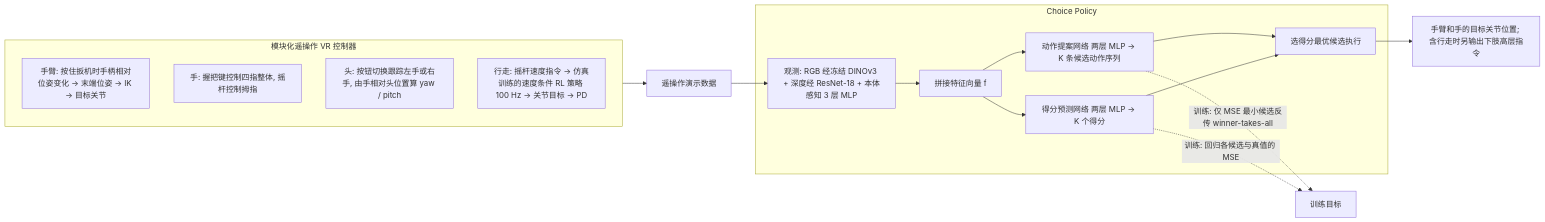
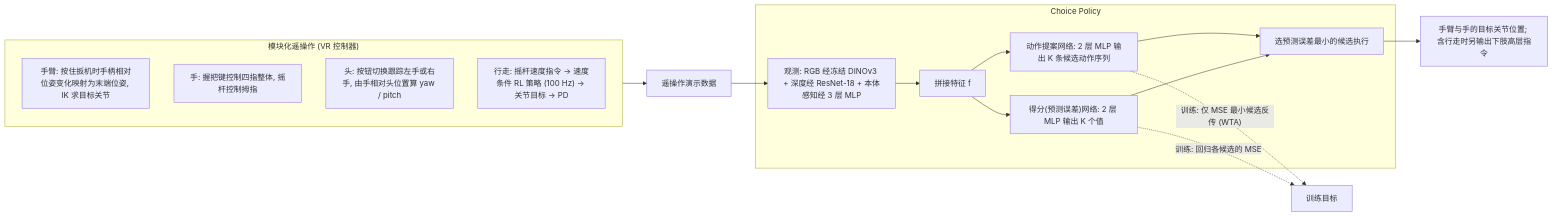
One commit to ImChong/Robotics_Notebooks changed the diagram in wiki/entities/paper-notebook-coordinated-humanoid-manipulation-with-choice-po.md. Above: the diagram before and after it, drawn with Mermaid. The commit also changed other lines of this file and 4 other files, not shown here.

````diff
--- a/wiki/entities/paper-notebook-coordinated-humanoid-manipulation-with-choice-po.md
+++ b/wiki/entities/paper-notebook-coordinated-humanoid-manipulation-with-choice-po.md
@@ -43,21 +68,21 @@
 ```mermaid
 flowchart LR
-    subgraph TELEOP[模块化遥操作 VR 控制器]
-        ARM[手臂: 按住扳机时手柄相对位姿变化 -> 末端位姿 -> IK -> 目标关节]
-        HAND[手: 握把键控制四指整体, 摇杆控制拇指]
-        HEAD[头: 按钮切换跟踪左手或右手, 由手相对头位置算 yaw / pitch]
-        LOCO[行走: 摇杆速度指令 -> 仿真训练的速度条件 RL 策略 100 Hz -> 关节目标 -> PD]
+    subgraph TELEOP["模块化遥操作 (VR 控制器)"]
+        ARM["手臂: 按住扳机时手柄相对位姿变化映射为末端位姿, IK 求目标关节"]
+        HAND["手: 握把键控制四指整体, 摇杆控制拇指"]
+        HEAD["头: 按钮切换跟踪左手或右手, 由手相对头位置算 yaw / pitch"]
+        LOCO["行走: 摇杆速度指令 -> 速度条件 RL 策略 (100 Hz) -> 关节目标 -> PD"]
     end
-    TELEOP --> DEMO[遥操作演示数据]
+    TELEOP --> DEMO["遥操作演示数据"]
     DEMO --> OBS
-    subgraph CP[Choice Policy]
-        OBS[观测: RGB 经冻结 DINOv3 + 深度经 ResNet-18 + 本体感知 3 层 MLP] --> F[拼接特征向量 f]
-        F --> PROP[动作提案网络 两层 MLP -> K 条候选动作序列]
-        F --> SC[得分预测网络 两层 MLP -> K 个得分]
-        PROP --> SEL[选得分最优候选执行]
+    subgraph CP["Choice Policy"]
+        OBS["观测: RGB 经冻结 DINOv3 + 深度经 ResNet-18 + 本体感知经 3 层 MLP"] --> F["拼接特征 f"]
+        F --> PROP["动作提案网络: 2 层 MLP 输出 K 条候选动作序列"]
+        F --> SC["得分(预测误差)网络: 2 层 MLP 输出 K 个值"]
+        PROP --> SEL["选预测误差最小的候选执行"]
         SC --> SEL
     end
-    SEL --> OUT[手臂和手的目标关节位置; 含行走时另输出下肢高层指令]
-    PROP -. 训练: 仅 MSE 最小候选反传 winner-takes-all .-> LOSS[训练目标]
-    SC -. 训练: 回归各候选与真值的 MSE .-> LOSS
+    SEL --> OUT["手臂与手的目标关节位置; 含行走时另输出下肢高层指令"]
+    PROP -. "训练: 仅 MSE 最小候选反传 (WTA)" .-> LOSS["训练目标"]
+    SC -. "训练: 回归各候选的 MSE" .-> LOSS
 ```
````
